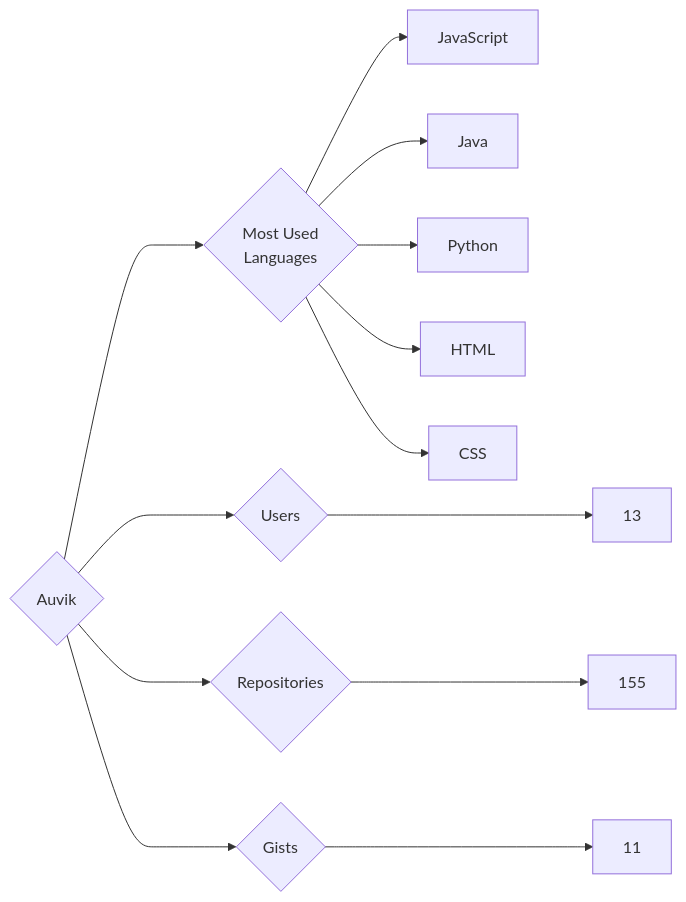
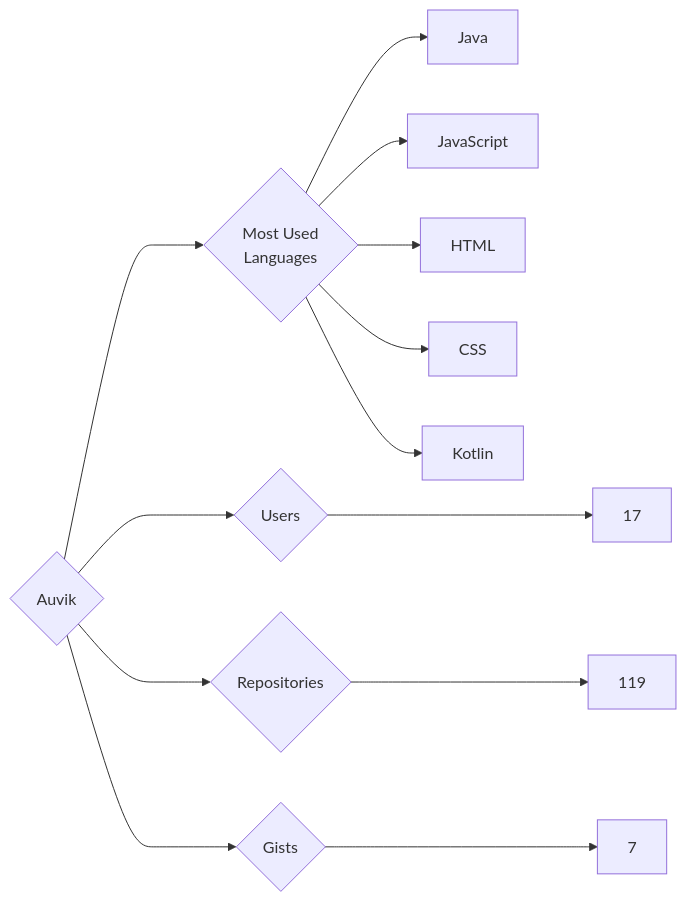
Before and after one commit to trickest/insiders: the diagram in targets/Auvik/README.md, drawn with Mermaid. The commit also changed 772 other files, not shown here.

````diff
--- a/targets/Auvik/README.md
+++ b/targets/Auvik/README.md
@@ -3,13 +3,13 @@
 ```mermaid
 graph LR
 COMPANY_NAME{Auvik}
-COMPANY_NAME ---> U{Users} ---> UN[13]
-COMPANY_NAME ---> R{Repositories} ---> RN[155]
-COMPANY_NAME ---> G{Gists} ---> GN[11]
+COMPANY_NAME ---> U{Users} ---> UN[17]
+COMPANY_NAME ---> R{Repositories} ---> RN[119]
+COMPANY_NAME ---> G{Gists} ---> GN[7]
 COMPANY_NAME ---> ML{Most Used<br>Languages}
+ML --> Java[Java]
 ML --> JavaScript[JavaScript]
-ML --> Java[Java]
-ML --> Python[Python]
 ML --> HTML[HTML]
 ML --> CSS[CSS]
+ML --> Kotlin[Kotlin]
 ```
````
